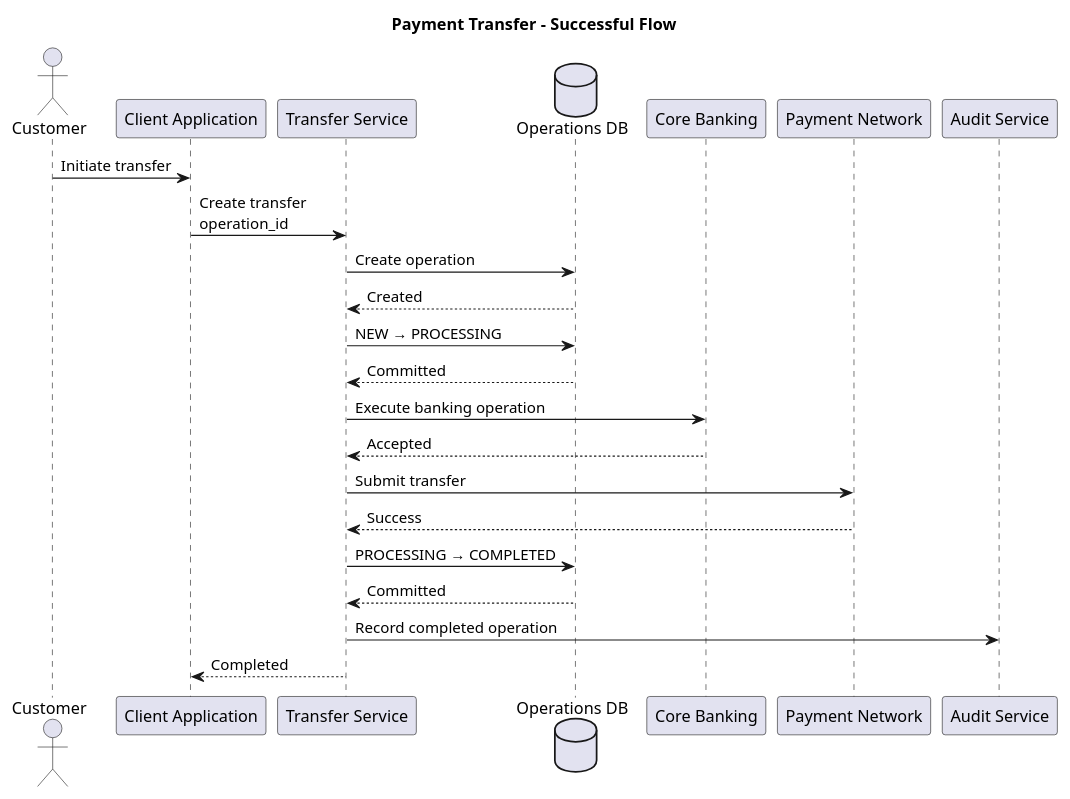
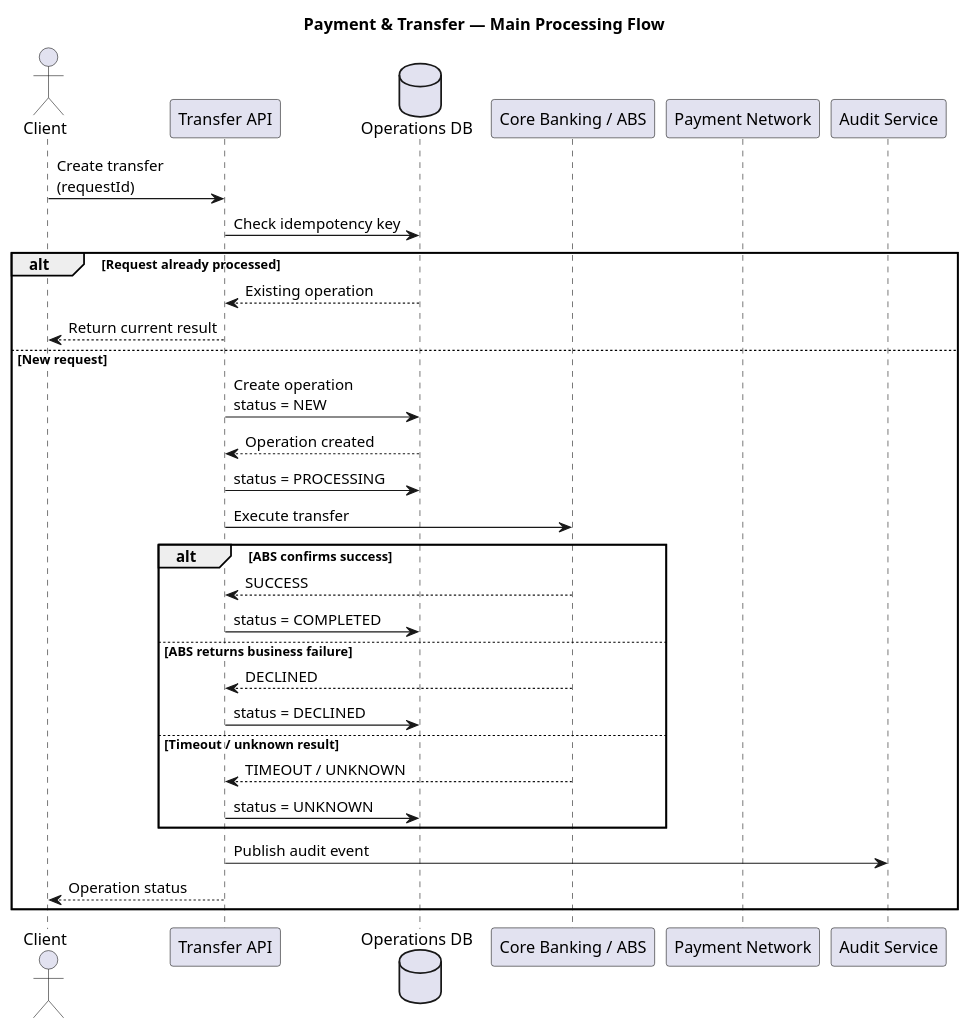
The diagram in 01-payment-transfer-architecture/diagrams/sequence.puml (konstantin-kuzovkin/architecture-portfolio), drawn with PlantUML before and after one commit.

```diff
--- a/01-payment-transfer-architecture/diagrams/sequence.puml
+++ b/01-payment-transfer-architecture/diagrams/sequence.puml
@@ -1,24 +1,32 @@
 @startuml
-title Payment Transfer - Successful Flow
-actor Customer
-participant "Client Application" as Client
-participant "Transfer Service" as TS
+title Payment & Transfer — Main Processing Flow
+actor Client
+participant "Transfer API" as API
 database "Operations DB" as DB
-participant "Core Banking" as ABS
-participant "Payment Network" as PSP
+participant "Core Banking / ABS" as ABS
+participant "Payment Network" as Network
 participant "Audit Service" as Audit
-Customer -> Client : Initiate transfer
-Client -> TS : Create transfer\noperation_id
-TS -> DB : Create operation
-DB --> TS : Created
-TS -> DB : NEW → PROCESSING
-DB --> TS : Committed
-TS -> ABS : Execute banking operation
-ABS --> TS : Accepted
-TS -> PSP : Submit transfer
-PSP --> TS : Success
-TS -> DB : PROCESSING → COMPLETED
-DB --> TS : Committed
-TS -> Audit : Record completed operation
-TS --> Client : Completed
+Client -> API : Create transfer\n(requestId)
+API -> DB : Check idempotency key
+alt Request already processed
+    DB --> API : Existing operation
+    API --> Client : Return current result
+else New request
+    API -> DB : Create operation\nstatus = NEW
+    DB --> API : Operation created
+    API -> DB : status = PROCESSING
+    API -> ABS : Execute transfer
+    alt ABS confirms success
+        ABS --> API : SUCCESS
+        API -> DB : status = COMPLETED
+    else ABS returns business failure
+        ABS --> API : DECLINED
+        API -> DB : status = DECLINED
+    else Timeout / unknown result
+        ABS --> API : TIMEOUT / UNKNOWN
+        API -> DB : status = UNKNOWN
+    end
+    API -> Audit : Publish audit event
+    API --> Client : Operation status
+end
 @enduml
```
